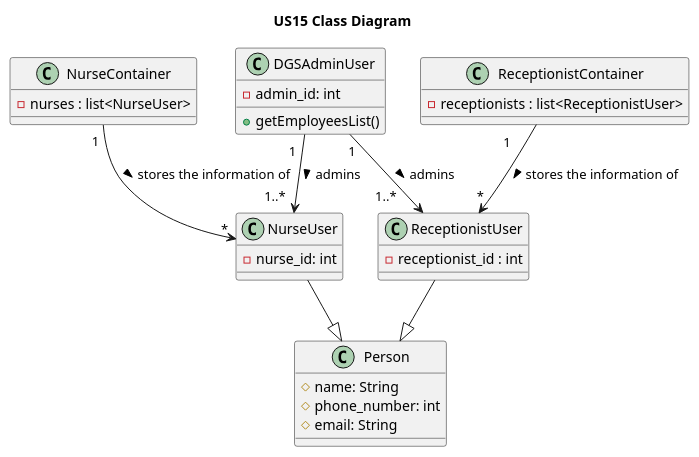
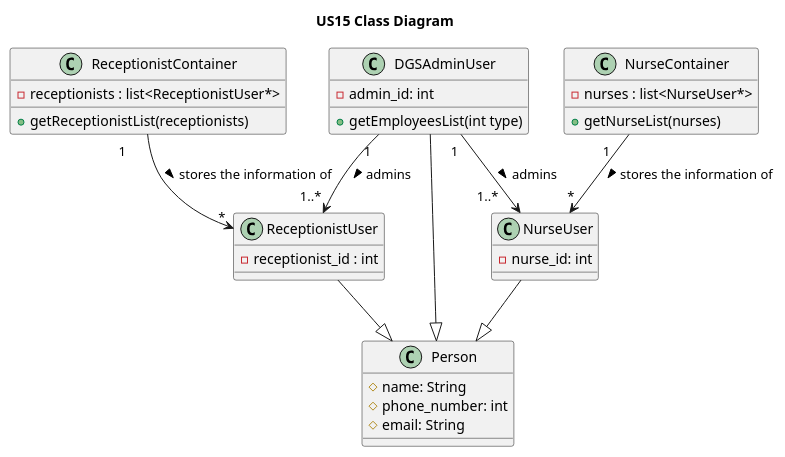
One commit to pedroguilherme-web/leti-esoft-25-26-A1 changed the diagram in docs/system-documentation/US15/puml/US15-CD.puml. Above: the diagram before and after it, drawn with PlantUML. The commit also changed 2 other files, not shown here.

Commit message:
- Criação do Sequence Diagram - Alteração no Class Diagram - Alterações no markdown

```diff
--- a/docs/system-documentation/US15/puml/US15-CD.puml
+++ b/docs/system-documentation/US15/puml/US15-CD.puml
@@ -1,41 +1,45 @@
 @startuml
 'https://plantuml.com/class-diagram
 
 title US15 Class Diagram
 
 class DGSAdminUser {
     - admin_id: int
-    + getEmployeesList()
+    + getEmployeesList(int type)
 }
 
 class NurseContainer {
-    - nurses : list<NurseUser>
+    - nurses : list<NurseUser*>
+    + getNurseList(nurses)
 }
 
 class ReceptionistContainer {
-    - receptionists : list<ReceptionistUser>
+    - receptionists : list<ReceptionistUser*>
+    + getReceptionistList(receptionists)
 }
 
 class Person {
     # name: String
     # phone_number: int
     # email: String
 }
 
 class NurseUser {
     - nurse_id: int
 }
 
 class ReceptionistUser {
     - receptionist_id : int
 
 }
 
 NurseUser --|> Person
 ReceptionistUser --|> Person
-DGSAdminUser "1  " --> "1..*  " NurseUser : admins >
-DGSAdminUser "1" --> "1..*     " ReceptionistUser : admins >
-NurseContainer "              1" --> "*" NurseUser : stores the information of >
+DGSAdminUser --|> Person
+DGSAdminUser "1  " --> "1..*    " NurseUser : admins >
+DGSAdminUser "1" --> "1..* " ReceptionistUser : admins >
+NurseContainer "1    " --> "*" NurseUser : stores the information of >
 ReceptionistContainer "1      " --> "*" ReceptionistUser : stores the information of >
 
+
 @enduml
```
